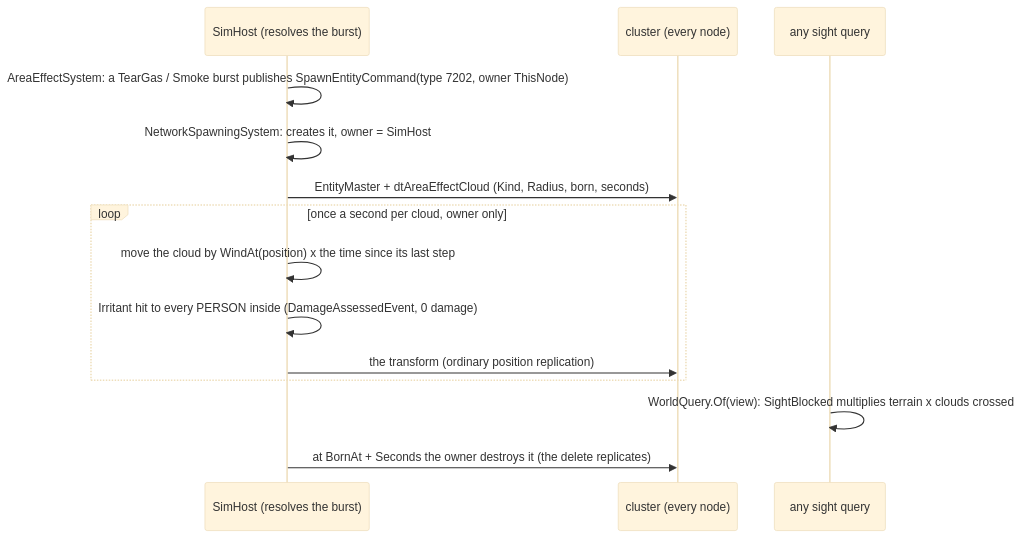
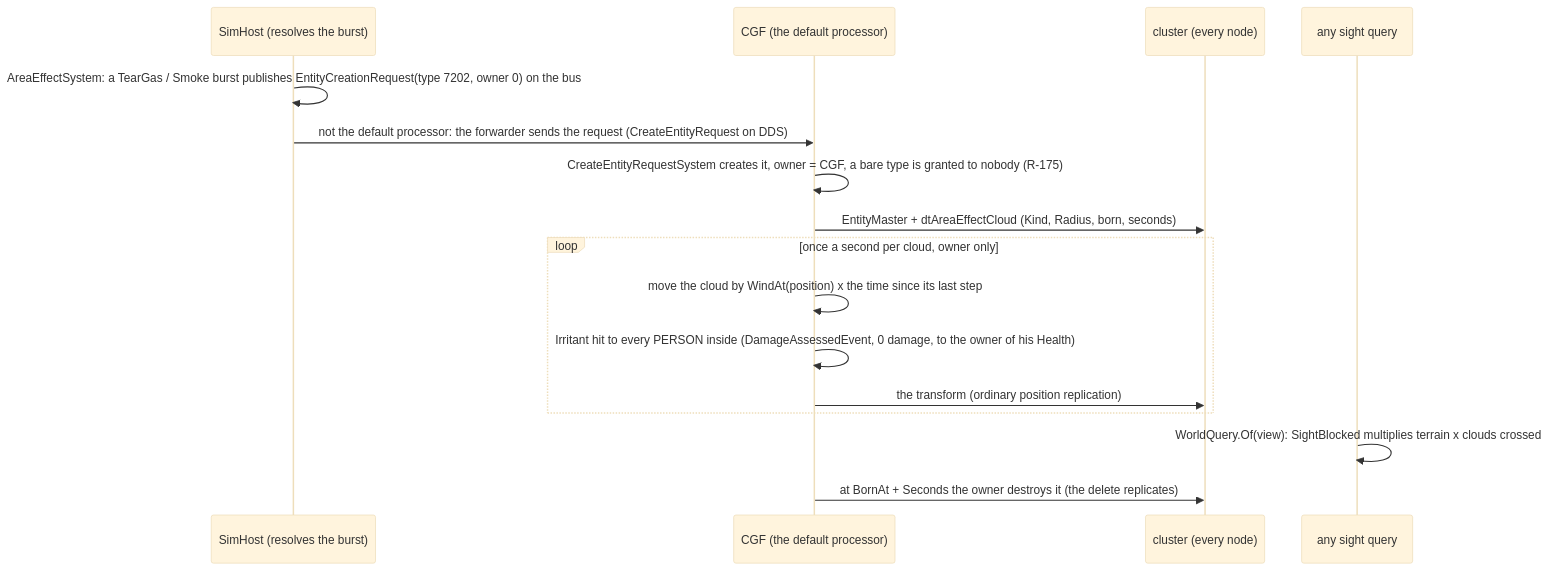
Diagram 11 of 17 in docs/DESIGN_Civilians_And_Crowd_Control.md (pjanec/HROT), drawn with Mermaid (base theme) before and after one commit. The commit also changed other lines of this file and 83 other files, not shown here.

````diff
--- a/docs/DESIGN_Civilians_And_Crowd_Control.md
+++ b/docs/DESIGN_Civilians_And_Crowd_Control.md
@@ -678,16 +678,18 @@
 ```mermaid
 sequenceDiagram
   participant SH as SimHost (resolves the burst)
+  participant CG as CGF (the default processor)
   participant C as cluster (every node)
   participant Q as any sight query
-  SH->>SH: AreaEffectSystem: a TearGas / Smoke burst publishes SpawnEntityCommand(type 7202, owner ThisNode)
-  SH->>SH: NetworkSpawningSystem: creates it, owner = SimHost
-  SH->>C: EntityMaster + dtAreaEffectCloud (Kind, Radius, born, seconds)
+  SH->>SH: AreaEffectSystem: a TearGas / Smoke burst publishes EntityCreationRequest(type 7202, owner 0) on the bus
+  SH->>CG: not the default processor: the forwarder sends the request (CreateEntityRequest on DDS)
+  CG->>CG: CreateEntityRequestSystem creates it, owner = CGF, a bare type is granted to nobody (R-175)
+  CG->>C: EntityMaster + dtAreaEffectCloud (Kind, Radius, born, seconds)
   loop once a second per cloud, owner only
-    SH->>SH: move the cloud by WindAt(position) x the time since its last step
-    SH->>SH: Irritant hit to every PERSON inside (DamageAssessedEvent, 0 damage)
-    SH->>C: the transform (ordinary position replication)
+    CG->>CG: move the cloud by WindAt(position) x the time since its last step
+    CG->>CG: Irritant hit to every PERSON inside (DamageAssessedEvent, 0 damage, to the owner of his Health)
+    CG->>C: the transform (ordinary position replication)
   end
   Q->>Q: WorldQuery.Of(view): SightBlocked multiplies terrain x clouds crossed
-  SH->>C: at BornAt + Seconds the owner destroys it (the delete replicates)
+  CG->>C: at BornAt + Seconds the owner destroys it (the delete replicates)
 ```
````
